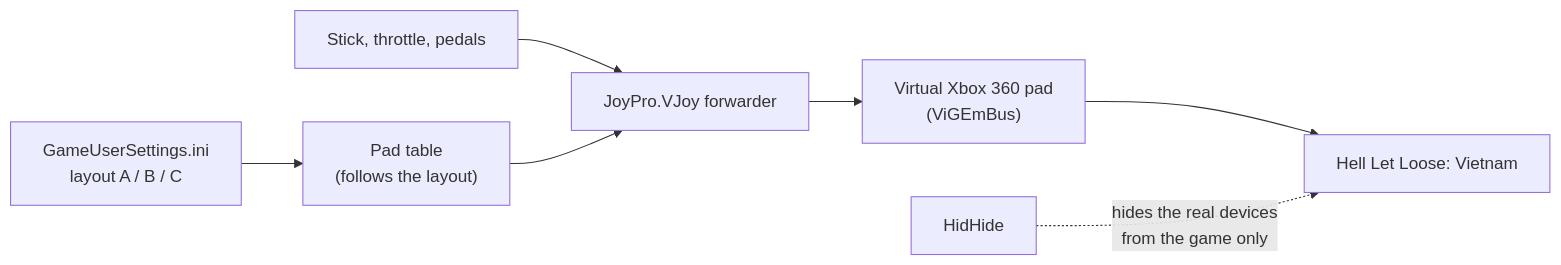
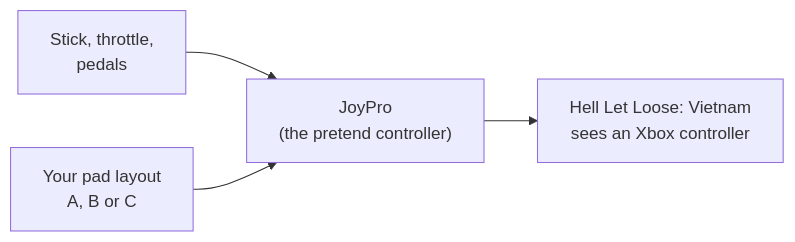
The diagram in website/content/games/hll-vietnam.md (Holdi601/JoystickProfiler2), drawn with Mermaid before and after one commit. The commit also changed other lines of this file and 718 other files, not shown here.

Commit message:
JoyPro2 2.7.0

````diff
--- a/website/content/games/hll-vietnam.md
+++ b/website/content/games/hll-vietnam.md
@@ -21,9 +129,7 @@
 ```mermaid
+%% caption: Start the game, then Start at the title screen. JoyPro follows the pad layout you picked in the game and writes nothing for the pad.
 flowchart LR
-  L["GameUserSettings.ini<br/>layout A / B / C"] --> T["Pad table<br/>(follows the layout)"]
-  R["Stick, throttle, pedals"] --> F["JoyPro.VJoy forwarder"]
-  T --> F
-  F --> V["Virtual Xbox 360 pad<br/>(ViGEmBus)"]
-  V --> G["Hell Let Loose: Vietnam"]
-  H["HidHide"] -.->|hides the real devices<br/>from the game only| G
+  R["Stick, throttle,<br/>pedals"] --> J["JoyPro<br/>(the pretend controller)"]
+  L["Your pad layout<br/>A, B or C"] --> J
+  J --> G["Hell Let Loose: Vietnam<br/>sees an Xbox controller"]
 ```
````
